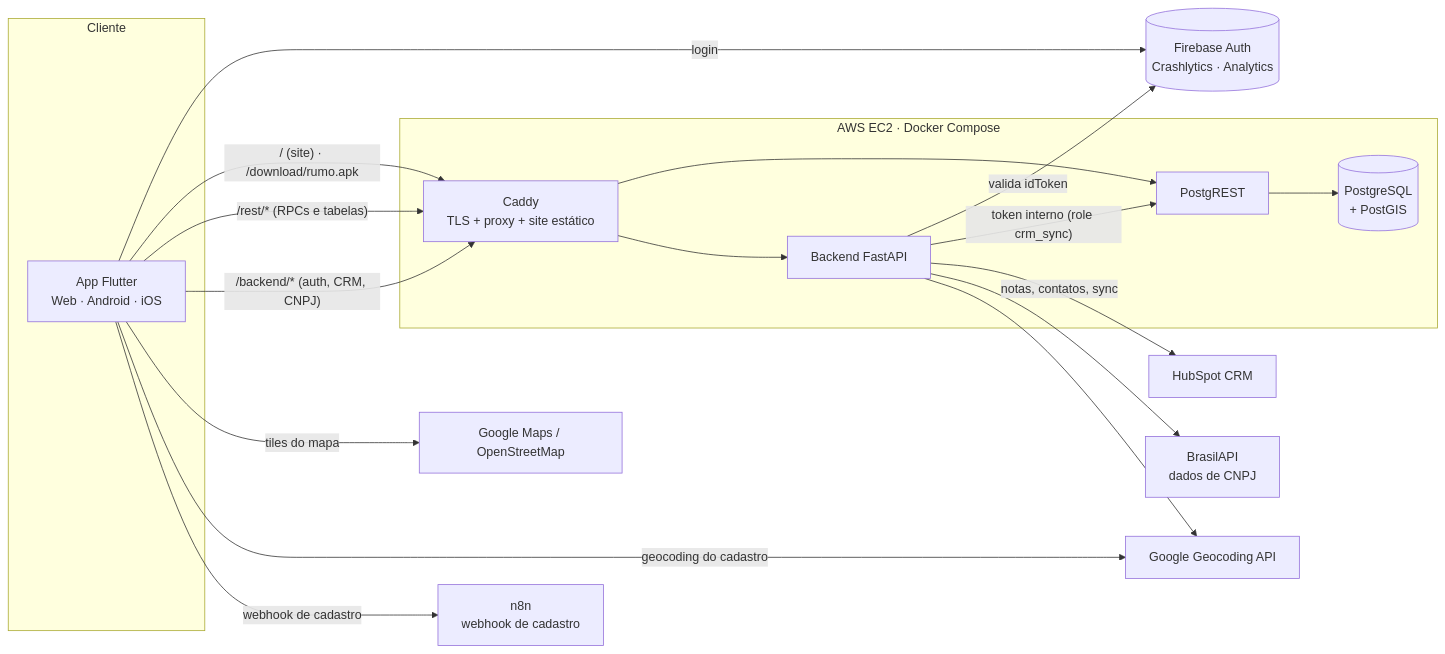
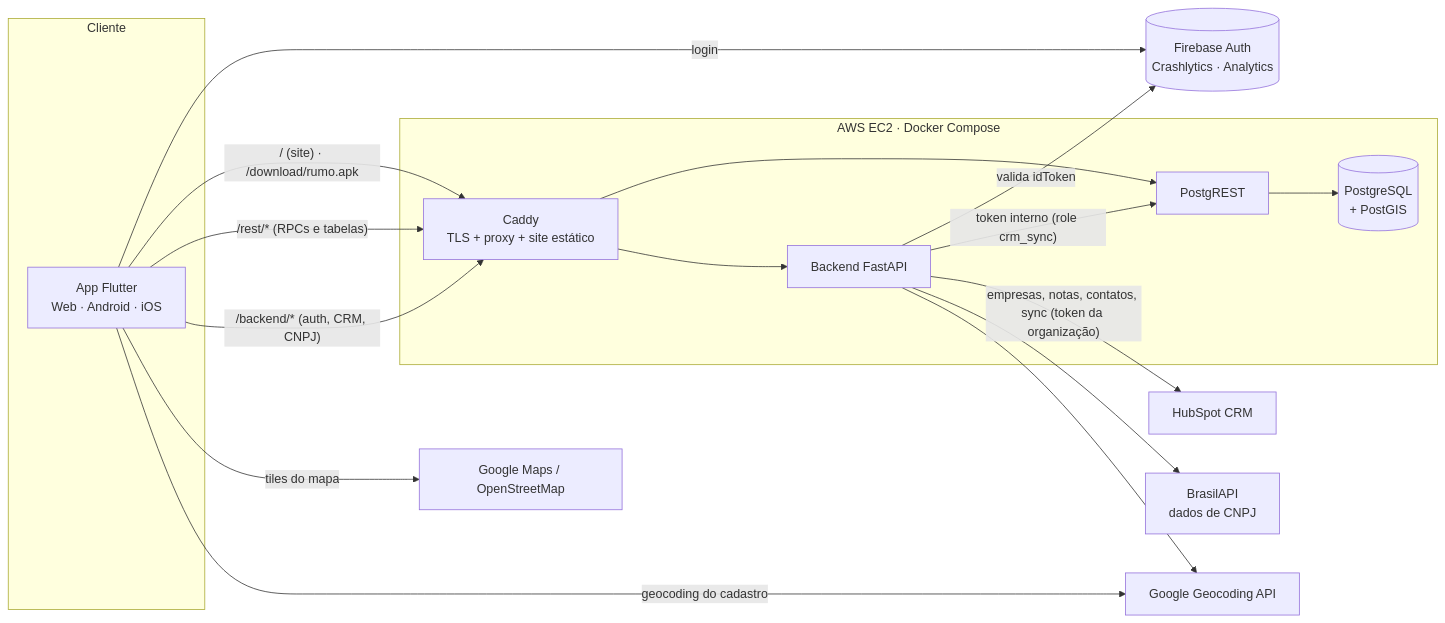
Before and after one commit to danielfercope/rumo-app: the first of 4 diagrams in README.md, drawn with Mermaid. The commit also changed other lines of this file and 48 other files, not shown here.

````diff
--- a/README.md
+++ b/README.md
@@ -49,36 +49,34 @@
 ```mermaid
 flowchart LR
     subgraph Cliente
         APP[App Flutter<br/>Web · Android · iOS]
     end
 
     FB[(Firebase Auth<br/>Crashlytics · Analytics)]
 
     subgraph EC2["AWS EC2 · Docker Compose"]
         CADDY[Caddy<br/>TLS + proxy + site estático]
         PGRST[PostgREST]
         API[Backend FastAPI]
         DB[(PostgreSQL<br/>+ PostGIS)]
     end
 
     HUB[HubSpot CRM]
     BR[BrasilAPI<br/>dados de CNPJ]
     GEO[Google Geocoding API]
     MAPS[Google Maps / OpenStreetMap]
-    N8N[n8n<br/>webhook de cadastro]
 
     APP -- login --> FB
     APP -- "/ (site) · /download/rumo.apk" --> CADDY
     APP -- "/rest/* (RPCs e tabelas)" --> CADDY
     APP -- "/backend/* (auth, CRM, CNPJ)" --> CADDY
     APP -- tiles do mapa --> MAPS
     APP -- geocoding do cadastro --> GEO
-    APP -- webhook de cadastro --> N8N
     CADDY --> PGRST --> DB
     CADDY --> API
     API -- valida idToken --> FB
     API -- "token interno (role crm_sync)" --> PGRST
-    API -- notas, contatos, sync --> HUB
+    API -- "empresas, notas, contatos, sync (token da organização)" --> HUB
     API --> BR
     API --> GEO
 ```
````
